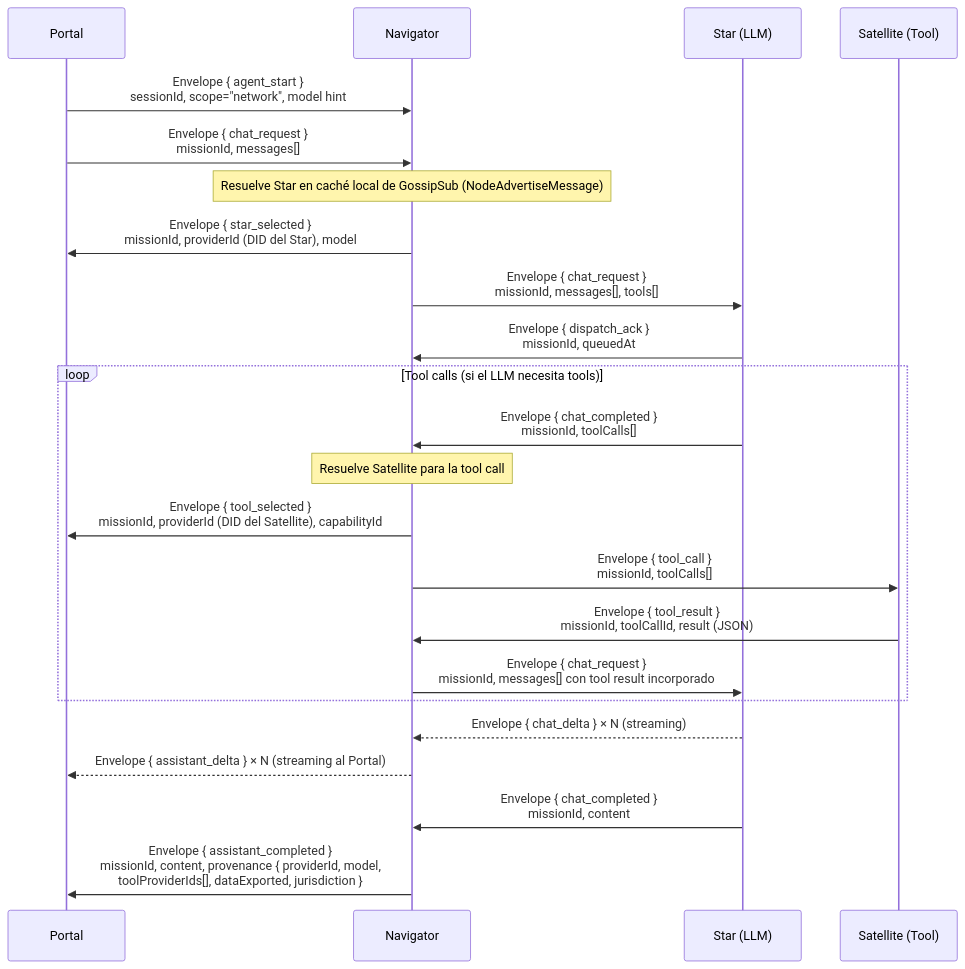
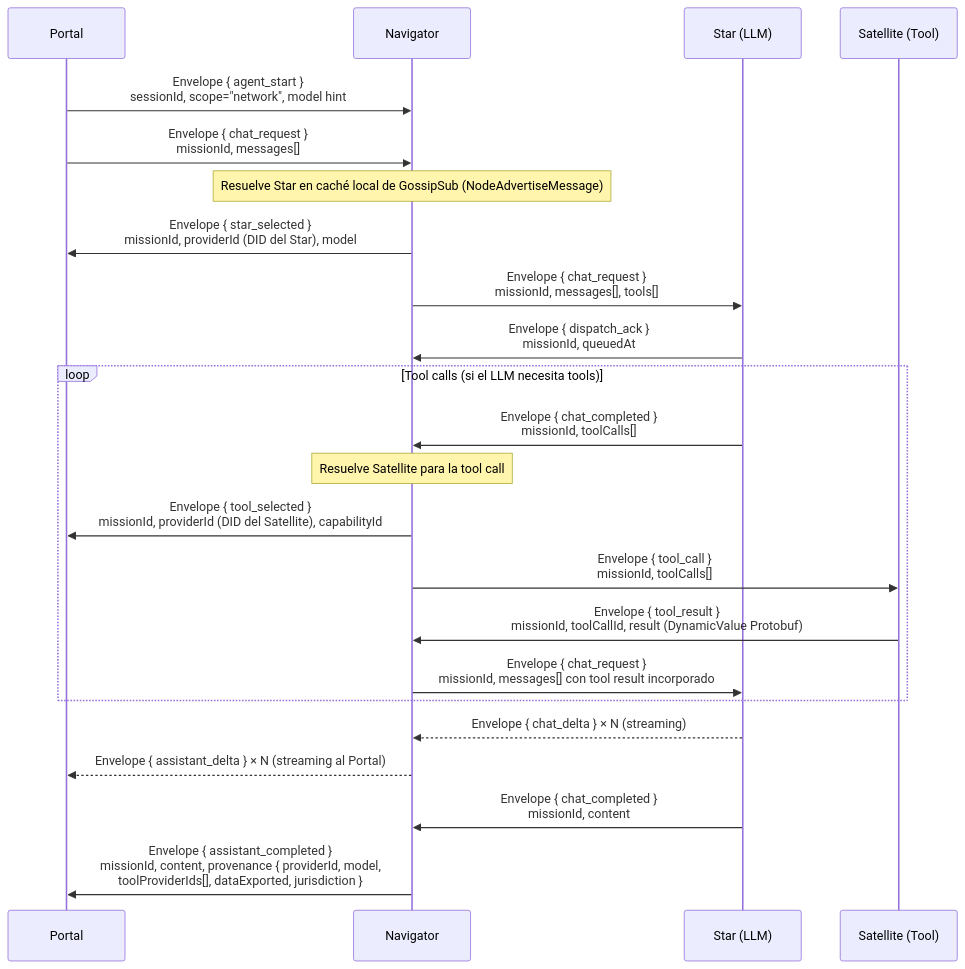
The first of 3 diagrams in docs/mission.md (rafex/galaxIA), drawn with Mermaid before and after one commit. The commit also changed 32 other files, not shown here.

````diff
--- a/docs/mission.md
+++ b/docs/mission.md
@@ -16,40 +16,40 @@
 ```mermaid
 sequenceDiagram
     participant P as Portal
     participant NAV as Navigator
     participant STAR as Star (LLM)
     participant SAT as Satellite (Tool)
 
     P->>NAV: Envelope { agent_start }<br/>sessionId, scope="network", model hint
 
     P->>NAV: Envelope { chat_request }<br/>missionId, messages[]
 
     note over NAV: Resuelve Star en caché local de GossipSub (NodeAdvertiseMessage)
 
     NAV->>P: Envelope { star_selected }<br/>missionId, providerId (DID del Star), model
 
     NAV->>STAR: Envelope { chat_request }<br/>missionId, messages[], tools[]
 
     STAR->>NAV: Envelope { dispatch_ack }<br/>missionId, queuedAt
 
     loop Tool calls (si el LLM necesita tools)
         STAR->>NAV: Envelope { chat_completed }<br/>missionId, toolCalls[]
 
         note over NAV: Resuelve Satellite para la tool call
 
         NAV->>P: Envelope { tool_selected }<br/>missionId, providerId (DID del Satellite), capabilityId
 
         NAV->>SAT: Envelope { tool_call }<br/>missionId, toolCalls[]
 
-        SAT->>NAV: Envelope { tool_result }<br/>missionId, toolCallId, result (JSON)
+        SAT->>NAV: Envelope { tool_result }<br/>missionId, toolCallId, result (DynamicValue Protobuf)
 
         NAV->>STAR: Envelope { chat_request }<br/>missionId, messages[] con tool result incorporado
     end
 
     STAR-->>NAV: Envelope { chat_delta } × N   (streaming)
     NAV-->>P: Envelope { assistant_delta } × N  (streaming al Portal)
 
     STAR->>NAV: Envelope { chat_completed }<br/>missionId, content
 
     NAV->>P: Envelope { assistant_completed }<br/>missionId, content, provenance { providerId, model,<br/>toolProviderIds[], dataExported, jurisdiction }
 ```
````
